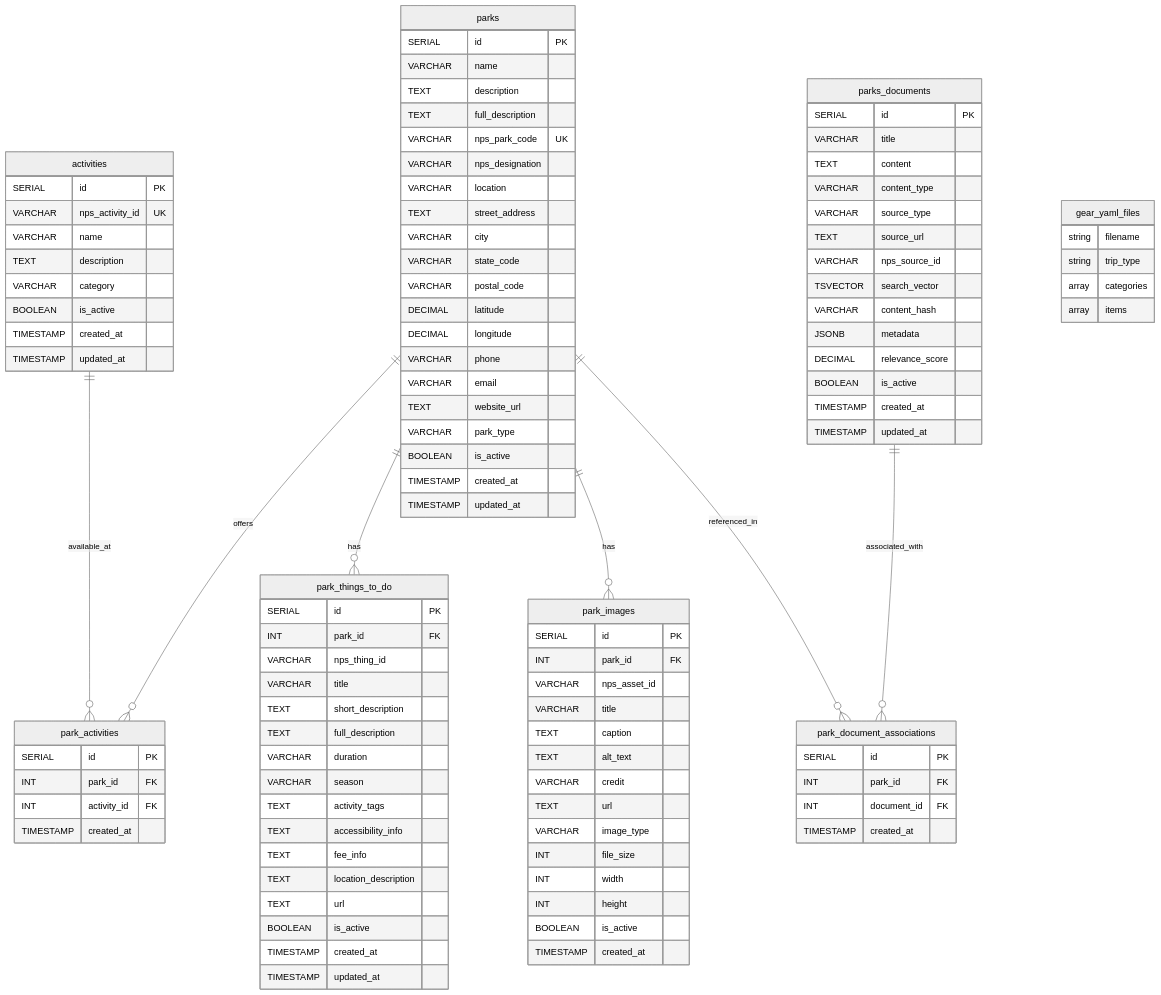
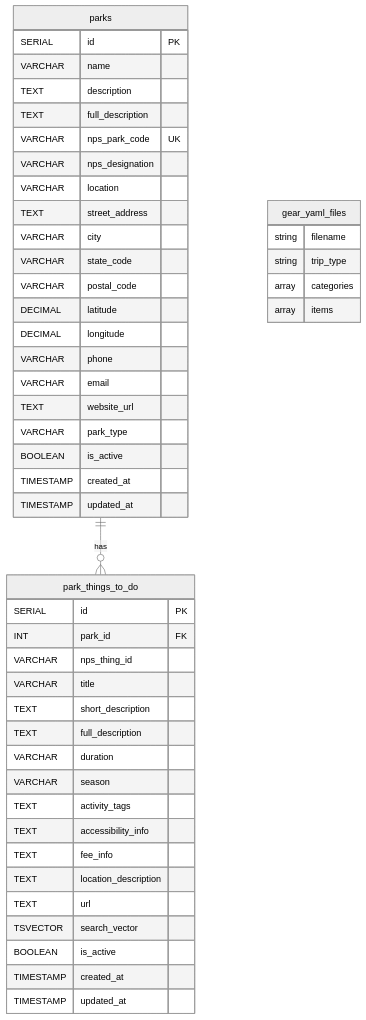
One commit to nathangartlan2/tripbuddy changed the diagram in docs/database-schema.md. Above: the diagram before and after it, drawn with Mermaid (neutral theme). The commit also changed other lines of this file and 2 other files, not shown here.

Commit message:
made initial schema even simpler

```diff
--- a/docs/database-schema.md
+++ b/docs/database-schema.md
@@ -27,24 +27,6 @@
         TIMESTAMP updated_at
     }
 
-    activities {
-        SERIAL id PK
-        VARCHAR nps_activity_id UK
-        VARCHAR name
-        TEXT description
-        VARCHAR category
-        BOOLEAN is_active
-        TIMESTAMP created_at
-        TIMESTAMP updated_at
-    }
-
-    park_activities {
-        SERIAL id PK
-        INT park_id FK
-        INT activity_id FK
-        TIMESTAMP created_at
-    }
-
     park_things_to_do {
         SERIAL id PK
         INT park_id FK
@@ -59,59 +41,14 @@
         TEXT fee_info
         TEXT location_description
         TEXT url
+        TSVECTOR search_vector
         BOOLEAN is_active
         TIMESTAMP created_at
         TIMESTAMP updated_at
     }
 
-    park_images {
-        SERIAL id PK
-        INT park_id FK
-        VARCHAR nps_asset_id
-        VARCHAR title
-        TEXT caption
-        TEXT alt_text
-        VARCHAR credit
-        TEXT url
-        VARCHAR image_type
-        INT file_size
-        INT width
-        INT height
-        BOOLEAN is_active
-        TIMESTAMP created_at
-    }
-
-    parks_documents {
-        SERIAL id PK
-        VARCHAR title
-        TEXT content
-        VARCHAR content_type
-        VARCHAR source_type
-        TEXT source_url
-        VARCHAR nps_source_id
-        TSVECTOR search_vector
-        VARCHAR content_hash
-        JSONB metadata
-        DECIMAL relevance_score
-        BOOLEAN is_active
-        TIMESTAMP created_at
-        TIMESTAMP updated_at
-    }
-
-    park_document_associations {
-        SERIAL id PK
-        INT park_id FK
-        INT document_id FK
-        TIMESTAMP created_at
-    }
-
     %% Relationships
-    parks ||--o{ park_activities : "offers"
-    activities ||--o{ park_activities : "available_at"
     parks ||--o{ park_things_to_do : "has"
-    parks ||--o{ park_images : "has"
-    parks ||--o{ park_document_associations : "referenced_in"
-    parks_documents ||--o{ park_document_associations : "associated_with"
 
     %% External Reference (YAML Files)
     gear_yaml_files {
```
